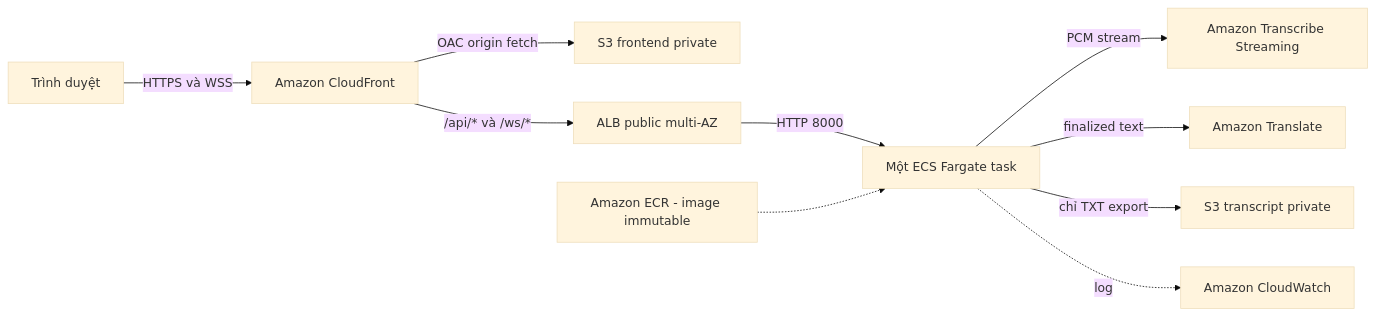
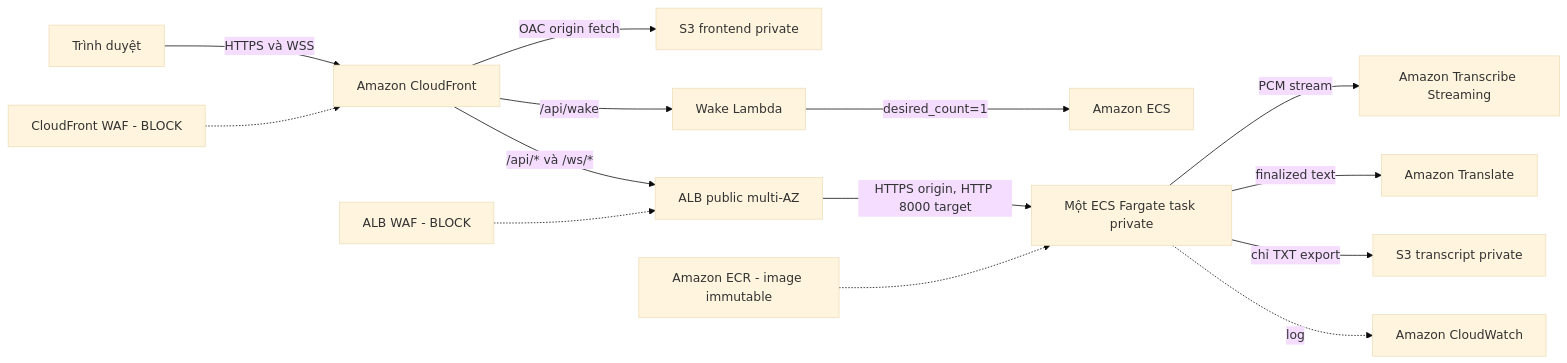
Before and after one commit to 9ducanh9/fcj-workshop-template: the diagram in content/5-Workshop/5.1-Workshop-overview/_index.vi.md, drawn with Mermaid (base theme). The commit also changed other lines of this file and 18 other files, not shown here.

````diff
--- a/content/5-Workshop/5.1-Workshop-overview/_index.vi.md
+++ b/content/5-Workshop/5.1-Workshop-overview/_index.vi.md
@@ -29,12 +29,16 @@
 ```mermaid
 flowchart LR
   Browser["Trình duyệt"] -->|HTTPS và WSS| CF["Amazon CloudFront"]
+  WAF["CloudFront WAF - BLOCK"] -.-> CF
   CF -->|OAC origin fetch| Frontend["S3 frontend private"]
+  CF -->|/api/wake| Wake["Wake Lambda"]
+  Wake -->|desired_count=1| ECS["Amazon ECS"]
   CF -->|/api/* và /ws/*| ALB["ALB public multi-AZ"]
-  ALB -->|HTTP 8000| Task["Một ECS Fargate task"]
+  ALBWAF["ALB WAF - BLOCK"] -.-> ALB
+  ALB -->|HTTPS origin, HTTP 8000 target| Task["Một ECS Fargate task private"]
   ECR["Amazon ECR - image immutable"] -.-> Task
   Task -->|PCM stream| Transcribe["Amazon Transcribe Streaming"]
   Task -->|finalized text| Translate["Amazon Translate"]
   Task -->|chỉ TXT export| Transcript["S3 transcript private"]
   Task -.->|log| CW["Amazon CloudWatch"]
 ```
````
